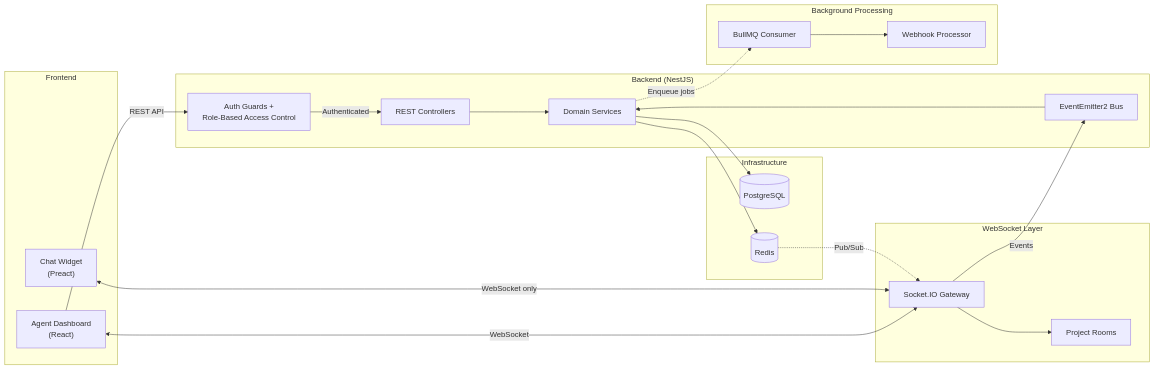
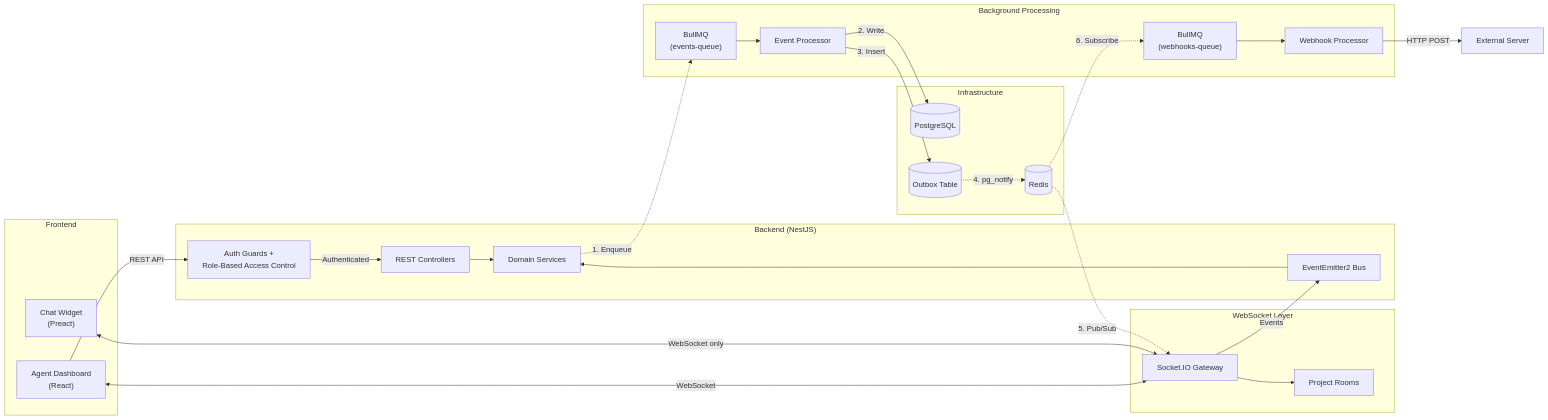
The first of 4 diagrams in presentation/pages/hung.md (doananhhung/livechat), drawn with Mermaid before and after one commit. The commit also changed other lines of this file, not shown here.

Commit message:
hung's slide update system components

````diff
--- a/presentation/pages/hung.md
+++ b/presentation/pages/hung.md
@@ -62,54 +62,59 @@
 ```mermaid
 flowchart LR
     subgraph Frontend
         Dashboard["Agent Dashboard <br/> (React)"]
         Widget["Chat Widget <br/> (Preact)"]
     end
 
     subgraph WSLayer["WebSocket Layer"]
         SIO["Socket.IO Gateway"]
         Rooms["Project Rooms"]
     end
 
     subgraph Backend["Backend (NestJS)"]
         Guards["Auth Guards + <br/> Role-Based Access Control"]
         API["REST Controllers"]
         EventBus["EventEmitter2 Bus"]
         Services["Domain Services"]
     end
 
     subgraph Workers["Background Processing"]
-        BullMQ["BullMQ Consumer"]
-        Webhooks["Webhook Processor"]
+        EventQueue["BullMQ <br/> (events-queue)"]
+        EventProcessor["Event Processor"]
+        WebhooksQueue["BullMQ <br/> (webhooks-queue)"]
+        WebhookProcessor["Webhook Processor"]
     end
 
     subgraph Infra["Infrastructure"]
         PG[("PostgreSQL")]
+        Outbox[("Outbox Table")]
         Redis[("Redis")]
     end
 
     %% Frontend connections
     Dashboard -->|"REST API"| Guards
     Dashboard <-->|"WebSocket"| SIO
     Widget <-->|"WebSocket only"| SIO
 
     %% Auth flow
     Guards -->|"Authenticated"| API
     API --> Services
 
     %% WebSocket to Backend
     SIO --> Rooms
     SIO -->|"Events"| EventBus
     EventBus --> Services
 
-    %% Backend to Infrastructure
-    Services --> PG
-    Services --> Redis
-
-    %% Background processing
-    Services -.->|"Enqueue jobs"| BullMQ
-    BullMQ --> Webhooks
+    %% NEW: Correct message flow
+    Services -.->|"1. Enqueue"| EventQueue
+    EventQueue --> EventProcessor
+    EventProcessor -->|"2. Write"| PG
+    EventProcessor -->|"3. Insert"| Outbox
+    Outbox -.->|"4. pg_notify"| Redis
+    Redis -.->|"5. Pub/Sub"| SIO
     
-    %% Redis Pub/Sub (for cross-server)
-    Redis -.->|"Pub/Sub"| SIO
+    %% Webhook flow
+    Redis -.->|"6. Subscribe"| WebhooksQueue
+    WebhooksQueue --> WebhookProcessor
+    WebhookProcessor -->|"HTTP POST"| External["External Server"]
 ```
````
